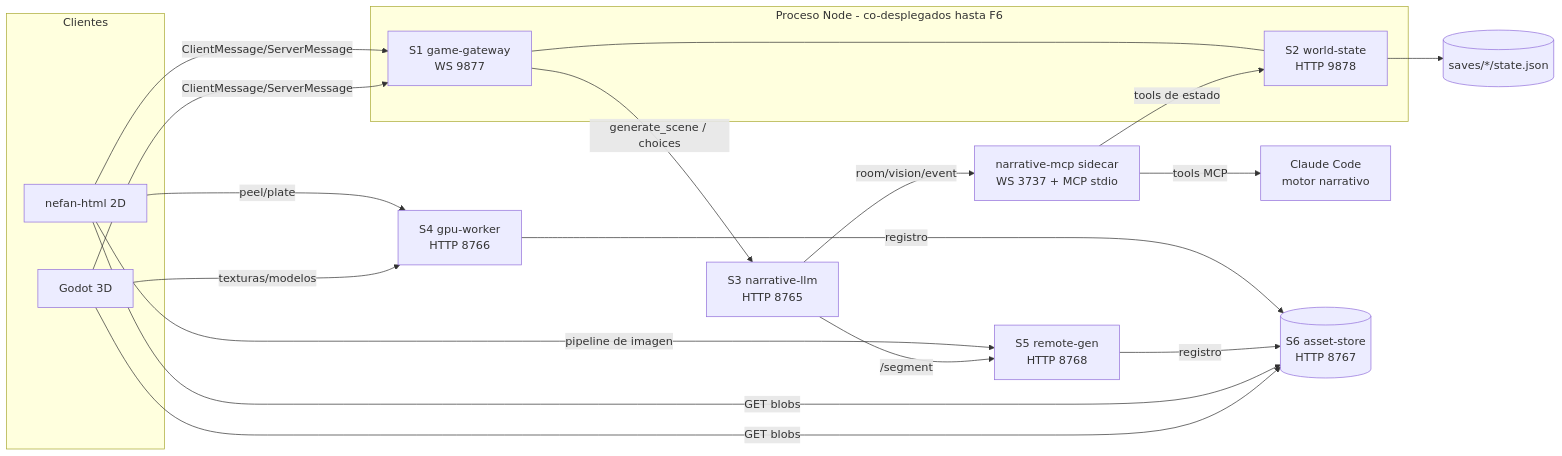
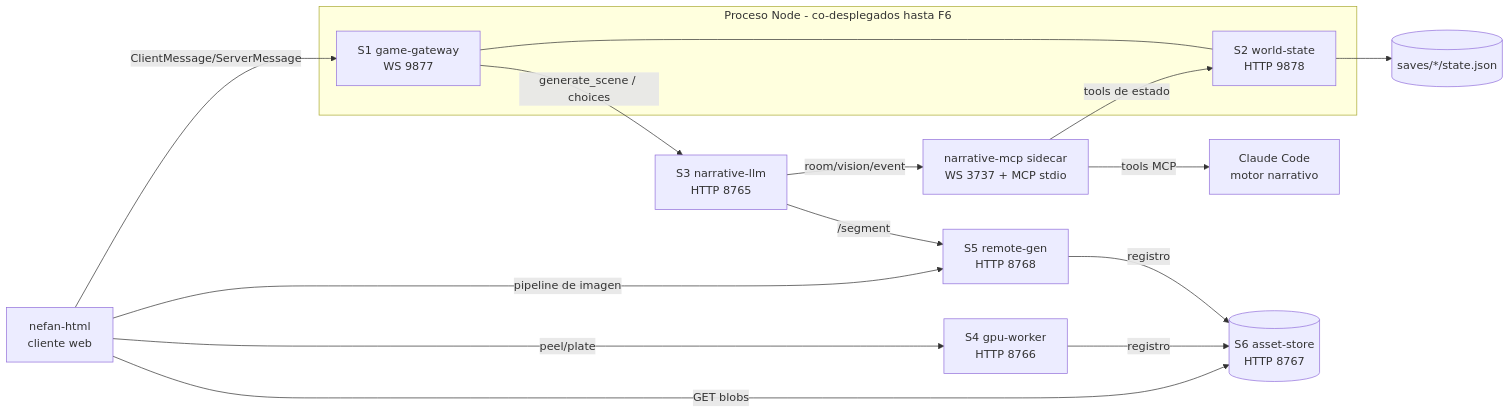
The diagram in docs/microservices/README.md (alberto-hortelano/ne-fan), drawn with Mermaid before and after one commit. The commit also changed other lines of this file and 23 other files, not shown here.

````diff
--- a/docs/microservices/README.md
+++ b/docs/microservices/README.md
@@ -23,35 +23,29 @@
 ```mermaid
 flowchart LR
-  subgraph clients [Clientes]
-    HTML[nefan-html 2D]
-    GODOT[Godot 3D]
-  end
+  HTML[nefan-html<br/>cliente web]
   subgraph nodeproc [Proceso Node - co-desplegados hasta F6]
     S1[S1 game-gateway<br/>WS 9877]
     S2[S2 world-state<br/>HTTP 9878]
   end
   S3[S3 narrative-llm<br/>HTTP 8765]
   MCP[narrative-mcp sidecar<br/>WS 3737 + MCP stdio]
   CC[Claude Code<br/>motor narrativo]
   S4[S4 gpu-worker<br/>HTTP 8766]
   S5[S5 remote-gen<br/>HTTP 8768]
   S6[(S6 asset-store<br/>HTTP 8767)]
   SAVES[(saves/*/state.json)]
 
   HTML -- ClientMessage/ServerMessage --> S1
-  GODOT -- ClientMessage/ServerMessage --> S1
   HTML -- pipeline de imagen --> S5
   HTML -- peel/plate --> S4
-  GODOT -- texturas/modelos --> S4
   S1 --- S2
   S2 --> SAVES
   S1 -- generate_scene / choices --> S3
   S3 -- room/vision/event --> MCP
   MCP -- tools MCP --> CC
   MCP -- tools de estado --> S2
   S3 -- /segment --> S5
   S4 -- registro --> S6
   S5 -- registro --> S6
   HTML -- GET blobs --> S6
-  GODOT -- GET blobs --> S6
 ```
````
